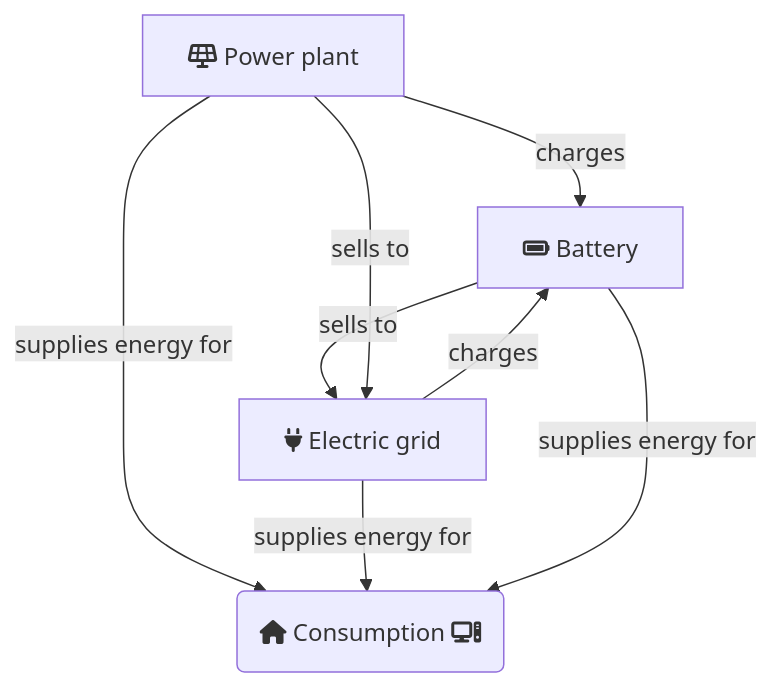
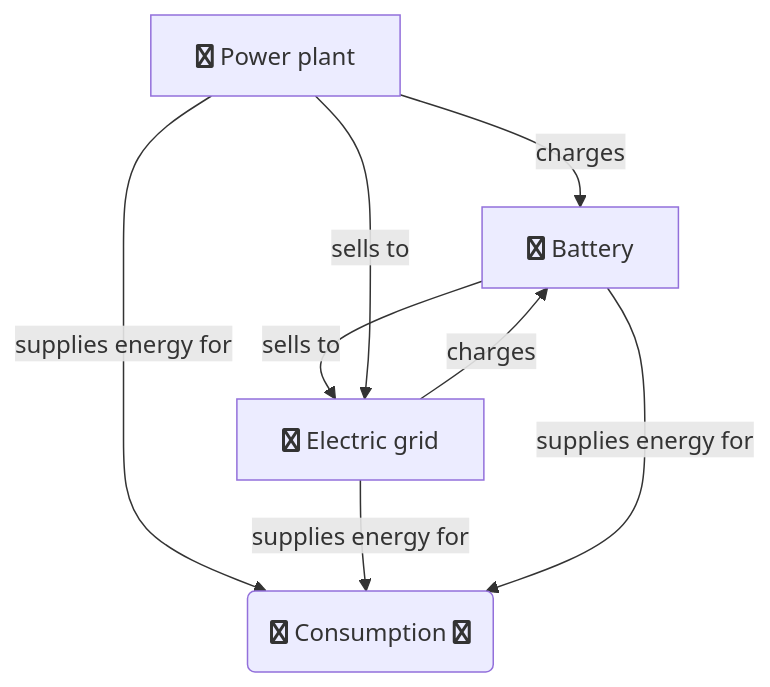
One commit to hrubanj/webpage changed the first of 2 diagrams in _posts/2023-10-17-controlling-home-power-plant-with-ai-part-1.markdown. Above: the diagram before and after it, drawn with Mermaid. The commit also changed other lines of this file and 2 other files, not shown here.

Commit message:
First edit solar article

````diff
--- a/_posts/2023-10-17-controlling-home-power-plant-with-ai-part-1.markdown
+++ b/_posts/2023-10-17-controlling-home-power-plant-with-ai-part-1.markdown
@@ -28,10 +29,10 @@
 ```mermaid!
 flowchart TD
-    A[fa:fa-solar-panel Power plant] -->|charges| B[fa:fa-battery Battery]
-    A -->|supplies energy for| C(fa:fa-house Consumption fa:fa-computer)
-    D[fa:fa-plug Electric grid] -->|charges| B
+    A[fab:fa-solar-panel Power plant] -->|charges| B[fab:fa-battery Battery]
+    A -->|supplies energy for| C(fab:fa-house Consumption fab:fa-computer)
+    D[fab:fa-plug Electric grid] -->|charges| B
     B --> |sells to|D
     A --> |sells to|D
     D --> |supplies energy for|C
     B --> |supplies energy for|C
 ```
````
